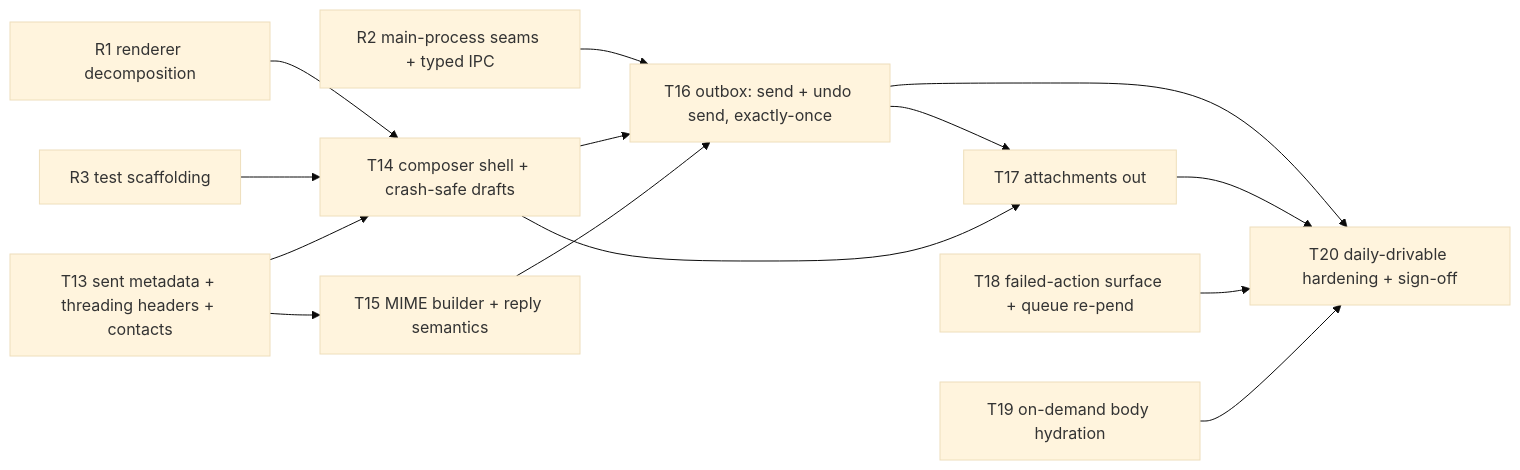
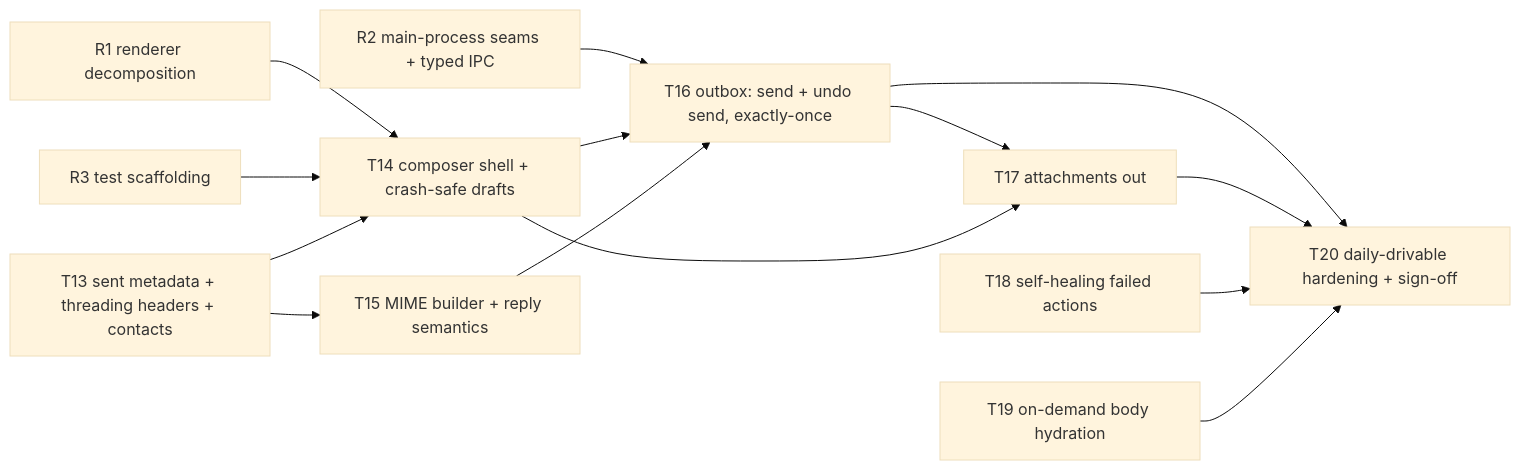
One commit to stephenw310/attn changed the diagram in docs/M2-PLAN.md. Above: the diagram before and after it, drawn with Mermaid (base theme). The commit also changed other lines of this file and 4 other files, not shown here.

````diff
--- a/docs/M2-PLAN.md
+++ b/docs/M2-PLAN.md
@@ -15,28 +15,28 @@
 ```mermaid
 graph LR
   R1[R1 renderer decomposition]
   R2[R2 main-process seams + typed IPC]
   R3[R3 test scaffolding]
   T13[T13 sent metadata + threading headers + contacts]
   T14[T14 composer shell + crash-safe drafts]
   T15[T15 MIME builder + reply semantics]
   T16[T16 outbox: send + undo send, exactly-once]
   T17[T17 attachments out]
-  T18[T18 failed-action surface + queue re-pend]
+  T18[T18 self-healing failed actions]
   T19[T19 on-demand body hydration]
   T20[T20 daily-drivable hardening + sign-off]
 
   R1 --> T14
   R2 --> T16
   R3 --> T14
   T13 --> T14
   T13 --> T15
   T14 --> T16
   T15 --> T16
   T16 --> T17
   T14 --> T17
   T16 --> T20
   T17 --> T20
   T18 --> T20
   T19 --> T20
 ```
````
